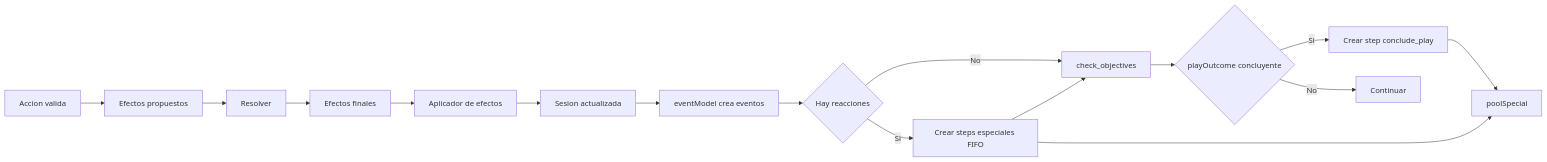
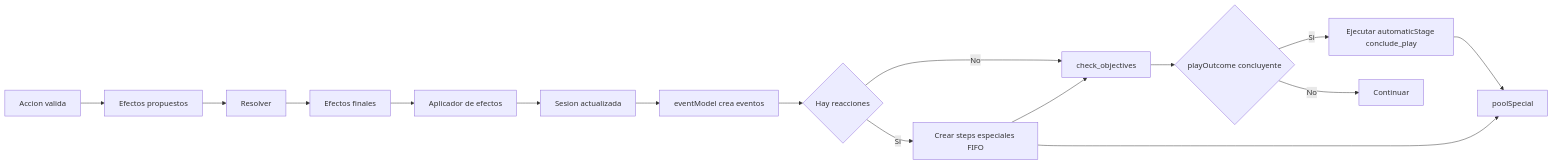
Before and after one commit to juanramonmorandeira/castronegro-director: the eighth of 14 diagrams in docs/engine_flow_map.md, drawn with Mermaid. The commit also changed other lines of this file and 37 other files, not shown here.

````diff
--- a/docs/engine_flow_map.md
+++ b/docs/engine_flow_map.md
@@ -354,18 +353,18 @@
 ```mermaid
 graph LR
   A[Accion valida] --> B[Efectos propuestos]
   B --> C[Resolver]
   C --> D[Efectos finales]
   D --> E[Aplicador de efectos]
   E --> F[Sesion actualizada]
   F --> G[eventModel crea eventos]
   G --> H{Hay reacciones}
   H -->|Si| I[Crear steps especiales FIFO]
   H -->|No| J[check_objectives]
   I --> J
   J --> K{playOutcome concluyente}
-  K -->|Si| L[Crear step conclude_play]
+  K -->|Si| L[Ejecutar automaticStage conclude_play]
   K -->|No| M[Continuar]
   L --> N[poolSpecial]
   I --> N
 ```
````
